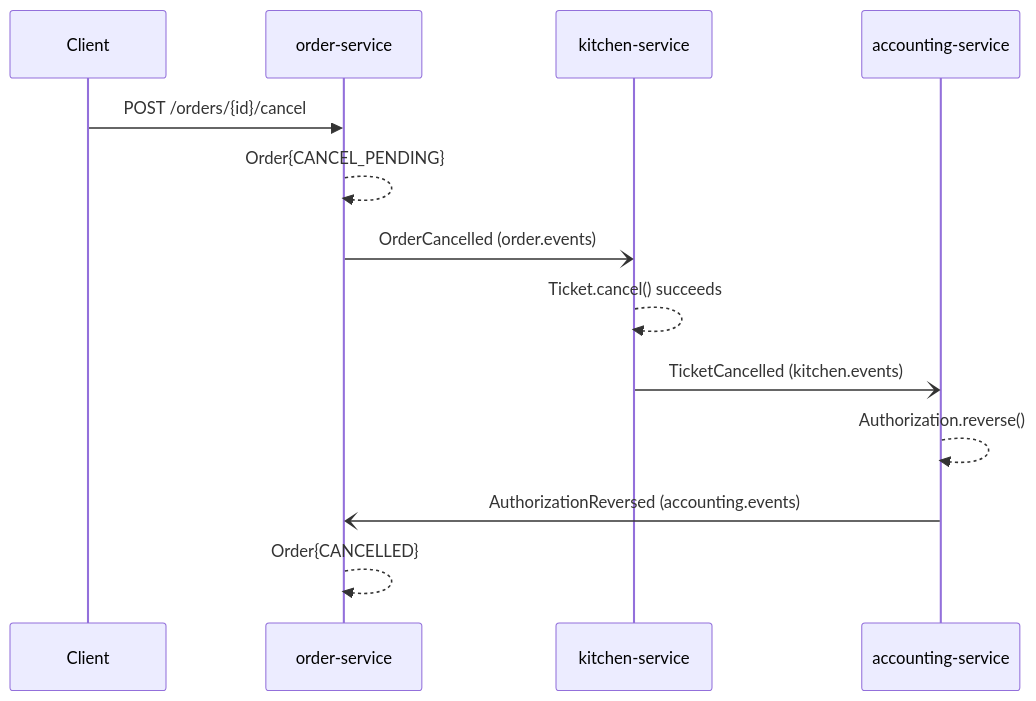
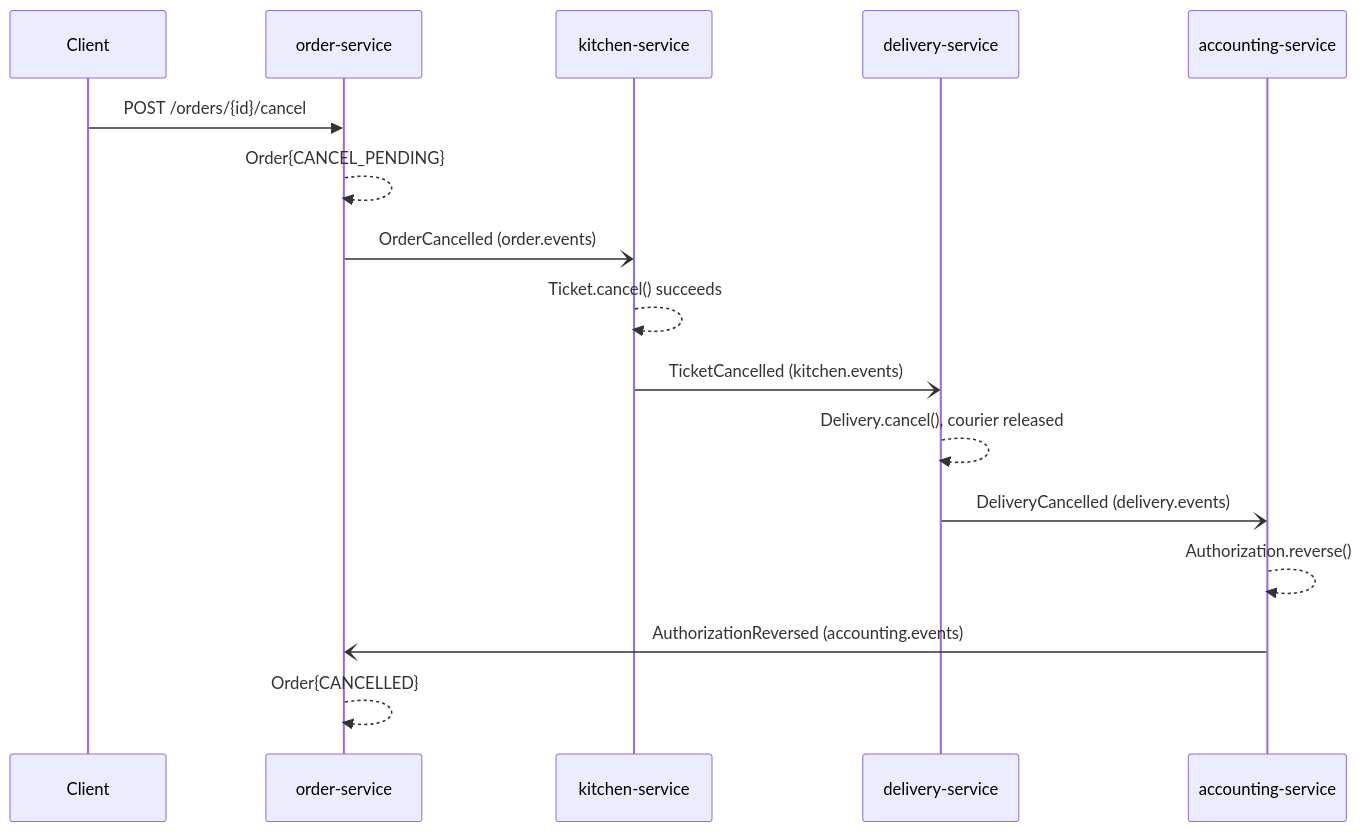
One commit to sanjaykpradhan10/my-food-to-go-app changed diagram 11 of 22 in docs/ARCHITECTURE.md. Above: the diagram before and after it, drawn with Mermaid. The commit also changed other lines of this file and 5 other files, not shown here.

````diff
--- a/docs/ARCHITECTURE.md
+++ b/docs/ARCHITECTURE.md
@@ -266,16 +356,19 @@
 ```mermaid
 sequenceDiagram
     participant C as Client
     participant O as order-service
     participant K as kitchen-service
+    participant D as delivery-service
     participant A as accounting-service
 
     C->>O: POST /orders/{id}/cancel
     O-->>O: Order{CANCEL_PENDING}
     O-)K: OrderCancelled (order.events)
     K-->>K: Ticket.cancel() succeeds
-    K-)A: TicketCancelled (kitchen.events)
+    K-)D: TicketCancelled (kitchen.events)
+    D-->>D: Delivery.cancel(), courier released
+    D-)A: DeliveryCancelled (delivery.events)
     A-->>A: Authorization.reverse()
     A-)O: AuthorizationReversed (accounting.events)
     O-->>O: Order{CANCELLED}
 ```
````
